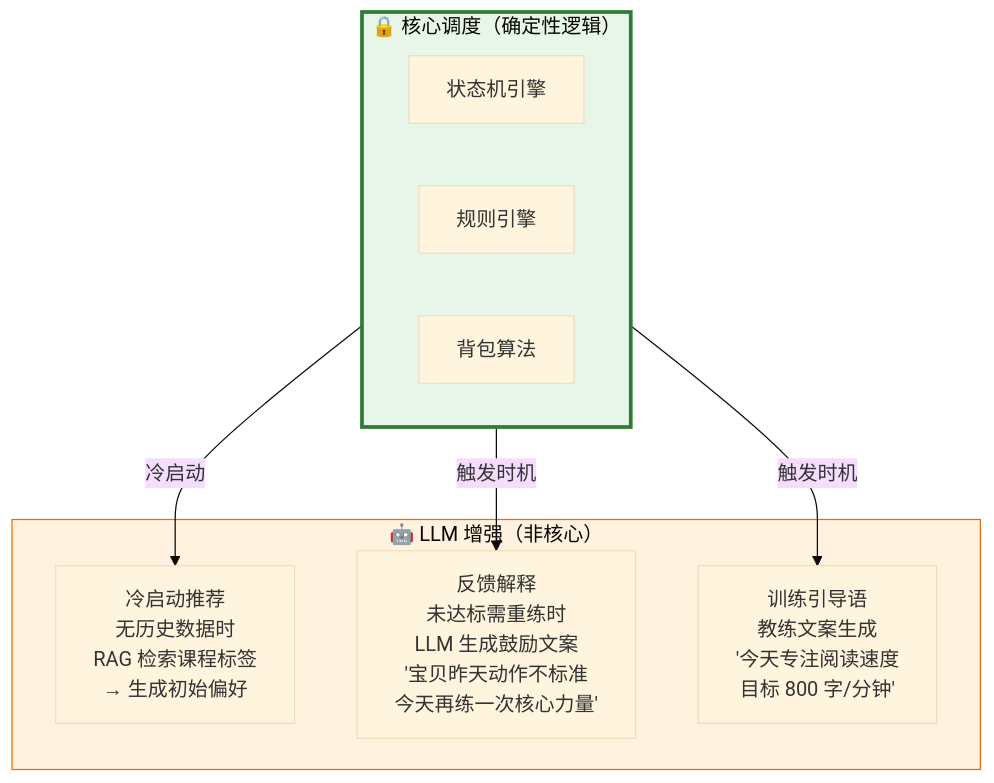
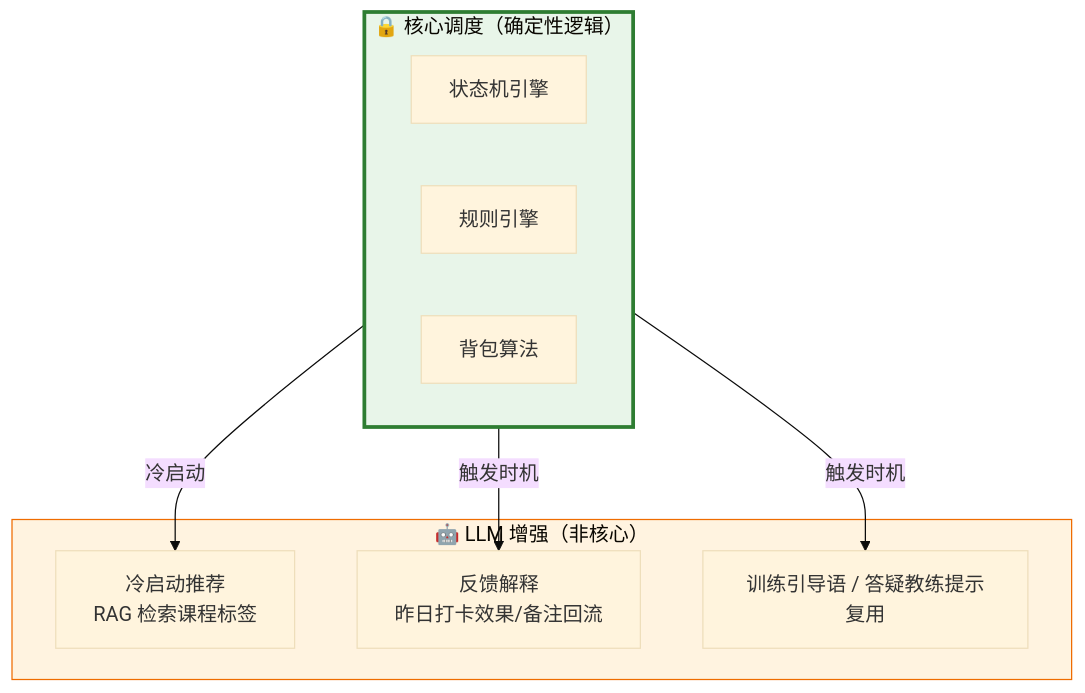
One commit to quppwork/Jnao_tianfu_daka changed the seventh of 8 diagrams in docs/体系架构设计.md. Above: the diagram before and after it, drawn with Mermaid (base theme). The commit also changed other lines of this file and 23 other files, not shown here.

````diff
--- a/docs/体系架构设计.md
+++ b/docs/体系架构设计.md
@@ -343,21 +322,21 @@
 ```mermaid
 graph TB
     subgraph CORE["🔒 核心调度（确定性逻辑）"]
         SM["状态机引擎"]
         RE["规则引擎"]
         BP["背包算法"]
     end
 
     subgraph LLM["🤖 LLM 增强（非核心）"]
-        COLD["冷启动推荐<br/>无历史数据时<br/>RAG 检索课程标签<br/>→ 生成初始偏好"]
-        EXPLAIN["反馈解释<br/>未达标需重练时<br/>LLM 生成鼓励文案<br/>'宝贝昨天动作不标准<br/>今天再练一次核心力量'"]
-        COACH["训练引导语<br/>教练文案生成<br/>'今天专注阅读速度<br/>目标 800 字/分钟'"]
+        COLD["冷启动推荐<br/>RAG 检索课程标签"]
+        EXPLAIN["反馈解释<br/>昨日打卡效果/备注回流"]
+        COACH["训练引导语 / 答疑教练提示复用"]
     end
 
     CORE -->|"触发时机"| EXPLAIN
     CORE -->|"触发时机"| COACH
     CORE -->|"冷启动"| COLD
 
     style CORE fill:#e8f5e9,stroke:#2e7d32,stroke-width:3px
     style LLM fill:#fff3e0,stroke:#ef6c00
 ```
````
